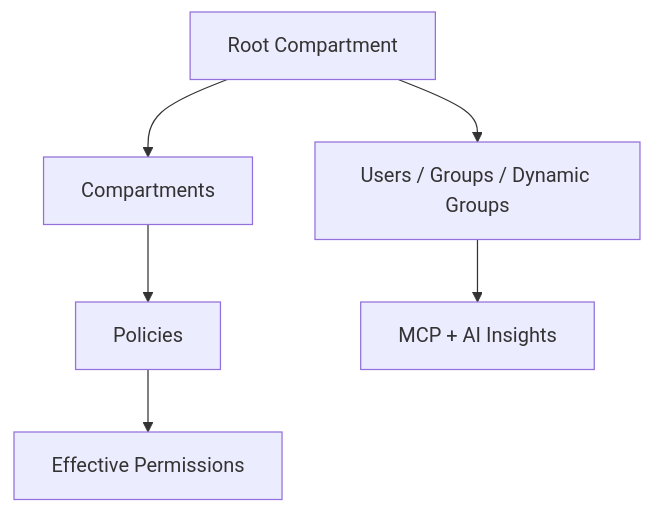
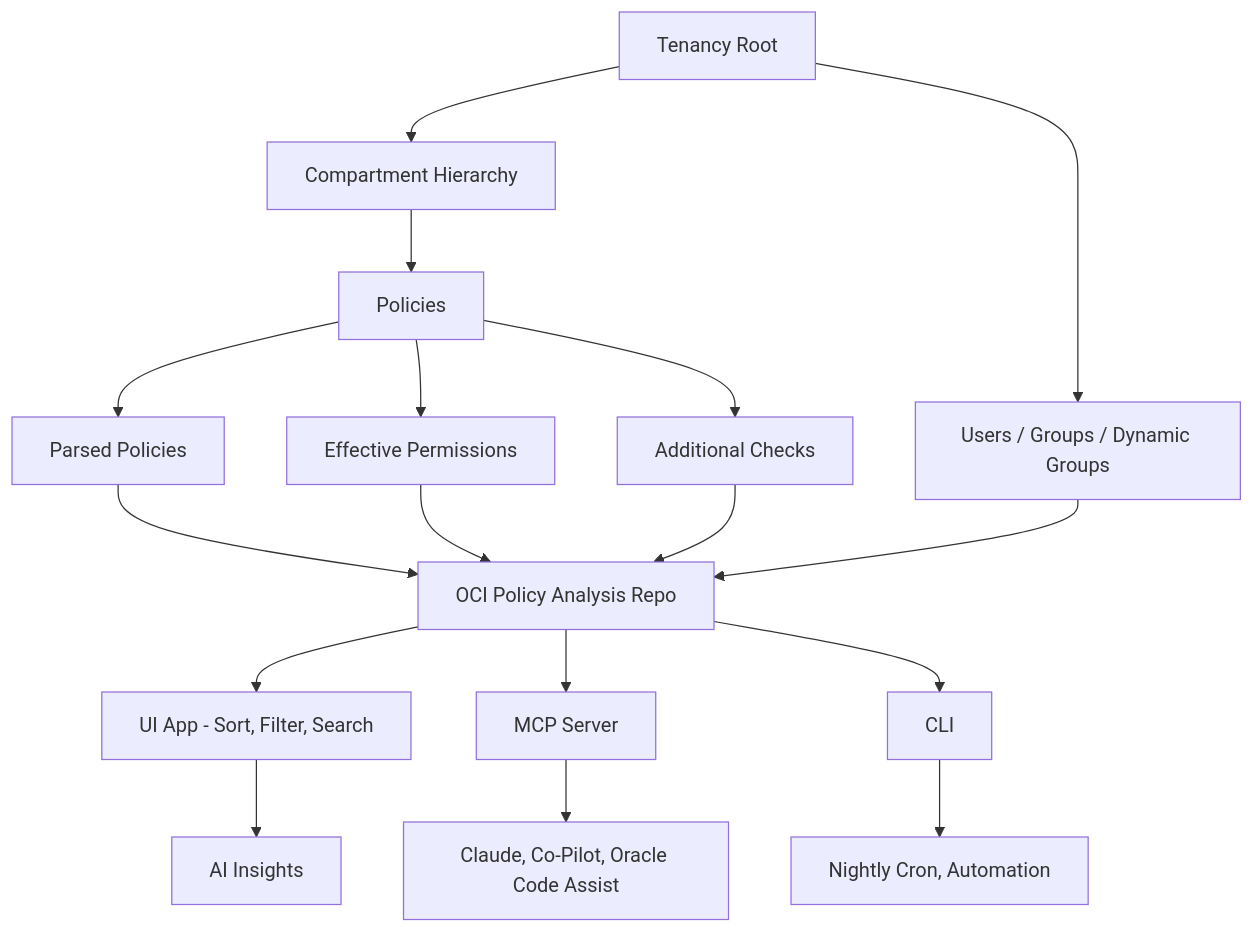
One commit to agregory999/oci-policy-analysis changed the diagram in docs/source/overview.md. Above: the diagram before and after it, drawn with Mermaid. The commit also changed other lines of this file and 20 other files, not shown here.

````diff
--- a/docs/source/overview.md
+++ b/docs/source/overview.md
@@ -5,8 +19,19 @@
 ```mermaid
 graph TD
-    A[Root Compartment] --> B[Compartments]
+    A[Tenancy Root] --> B[Compartment Hierarchy]
+    A --> E[Users / Groups / Dynamic Groups]
     B --> C[Policies]
+    C --> M[Parsed Policies]
     C --> D[Effective Permissions]
-    A --> E[Users / Groups / Dynamic Groups]
-    E --> F[MCP + AI Insights]
+    C --> L[Additional Checks]
+    M --> G[OCI Policy Analysis Repo]
+    D --> G[OCI Policy Analysis Repo]
+    E --> G[OCI Policy Analysis Repo]
+    L --> G[OCI Policy Analysis Repo]
+    G --> H[UI App - Sort, Filter, Search]
+    G --> I[MCP Server]
+    G --> K[CLI]
+    H --> J[AI Insights]
+    I --> N[Claude, Co-Pilot, Oracle Code Assist]
+    K --> O[Nightly Cron, Automation]
 ```
````
